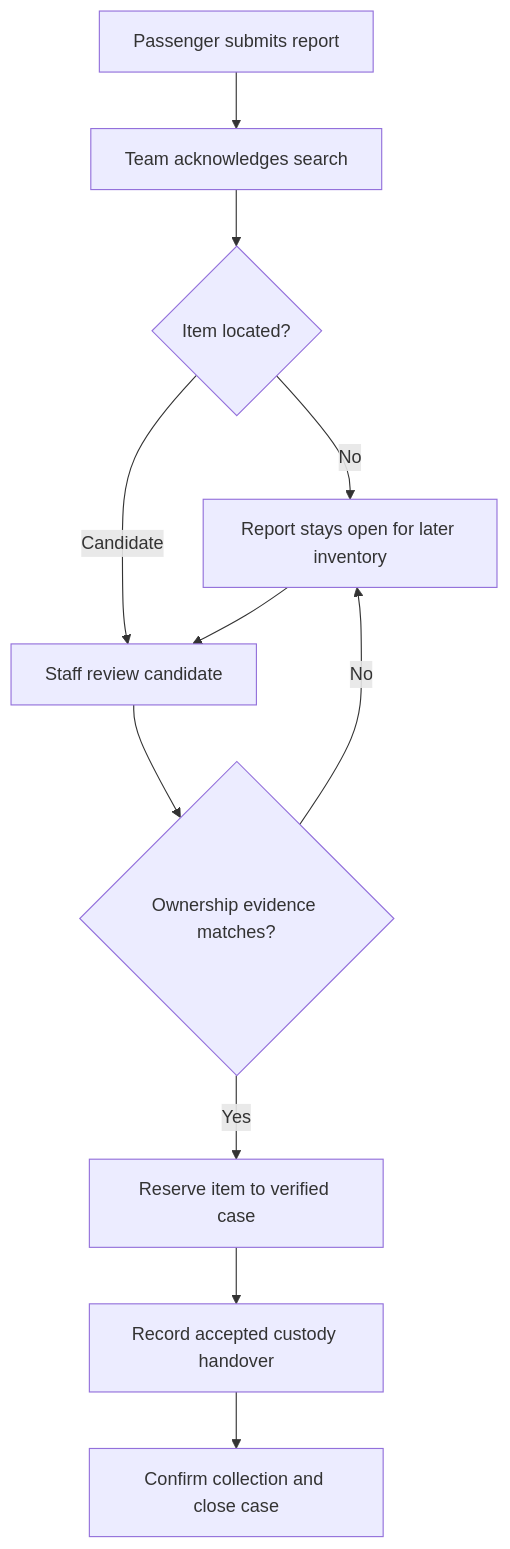
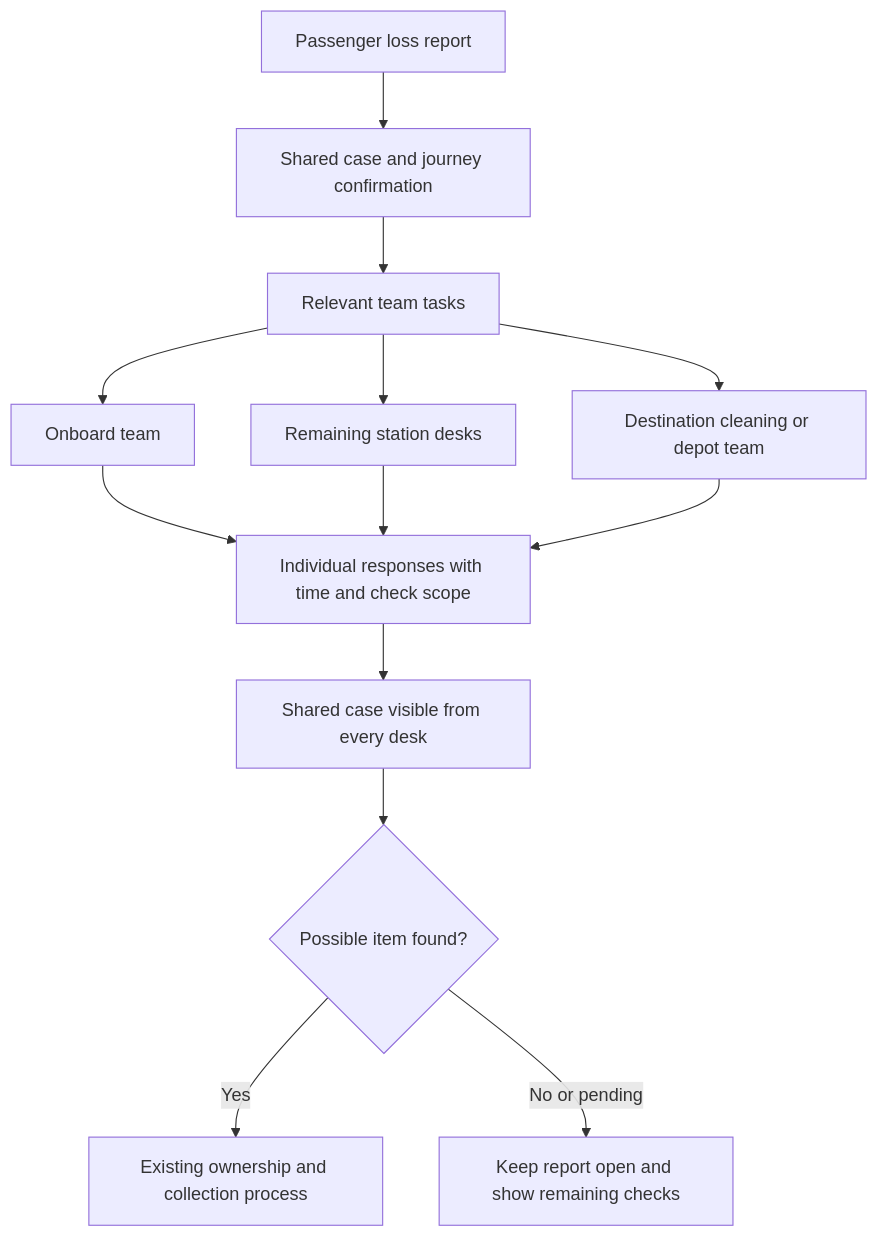
The first of 3 diagrams in README.md (Jeevan-0508/DB-Rail-Recover), drawn with Mermaid before and after one commit. The commit also changed other lines of this file and 15 other files, not shown here.

Commit message:
Refocus portal and documentation on shared route-search responses

````diff
--- a/README.md
+++ b/README.md
@@ -31,13 +35,15 @@
 ```mermaid
 flowchart TD
-    Report[Passenger submits report] --> Task[Team acknowledges search]
-    Task --> Check{Item located?}
-    Check -->|No| Waiting[Report stays open for later inventory]
-    Check -->|Candidate| Review[Staff review candidate]
-    Waiting --> Review
-    Review --> Proof{Ownership evidence matches?}
-    Proof -->|No| Waiting
-    Proof -->|Yes| Reserve[Reserve item to verified case]
-    Reserve --> Custody[Record accepted custody handover]
-    Custody --> Return[Confirm collection and close case]
+    P[Passenger loss report] --> C[Shared case and journey confirmation]
+    C --> T[Relevant team tasks]
+    T --> B[Onboard team]
+    T --> S[Remaining station desks]
+    T --> D[Destination cleaning or depot team]
+    B --> R[Individual responses with time and check scope]
+    S --> R
+    D --> R
+    R --> V[Shared case visible from every desk]
+    V --> F{Possible item found?}
+    F -->|Yes| O[Existing ownership and collection process]
+    F -->|No or pending| W[Keep report open and show remaining checks]
 ```
````
